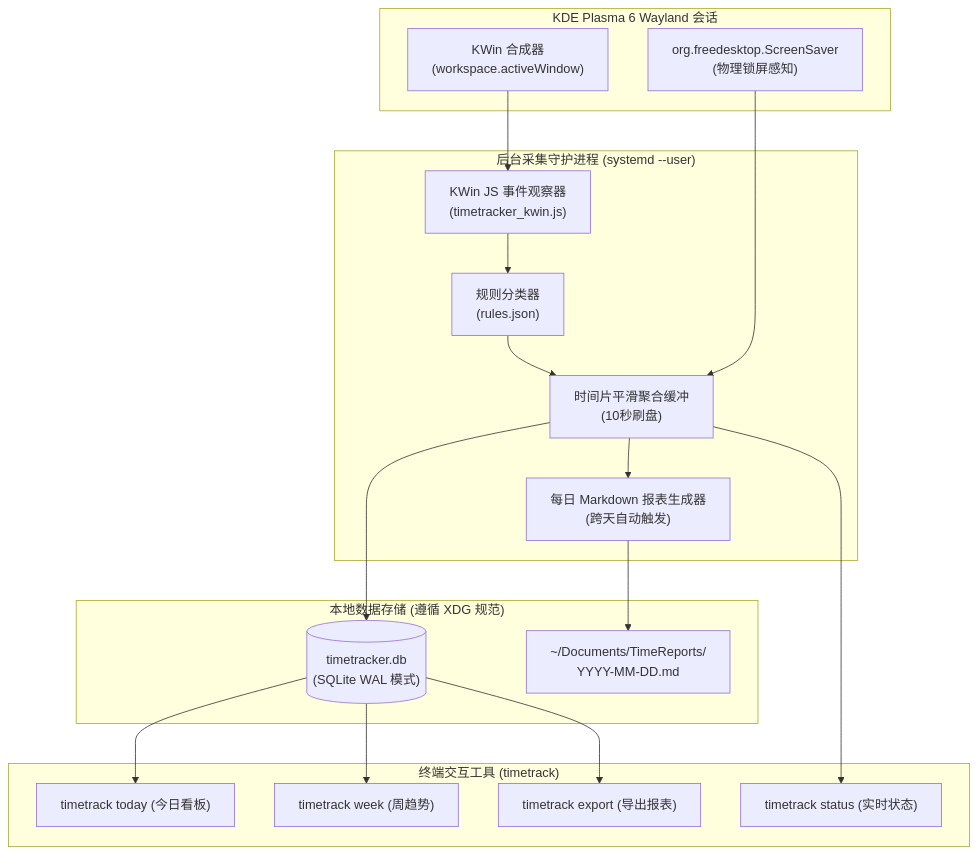
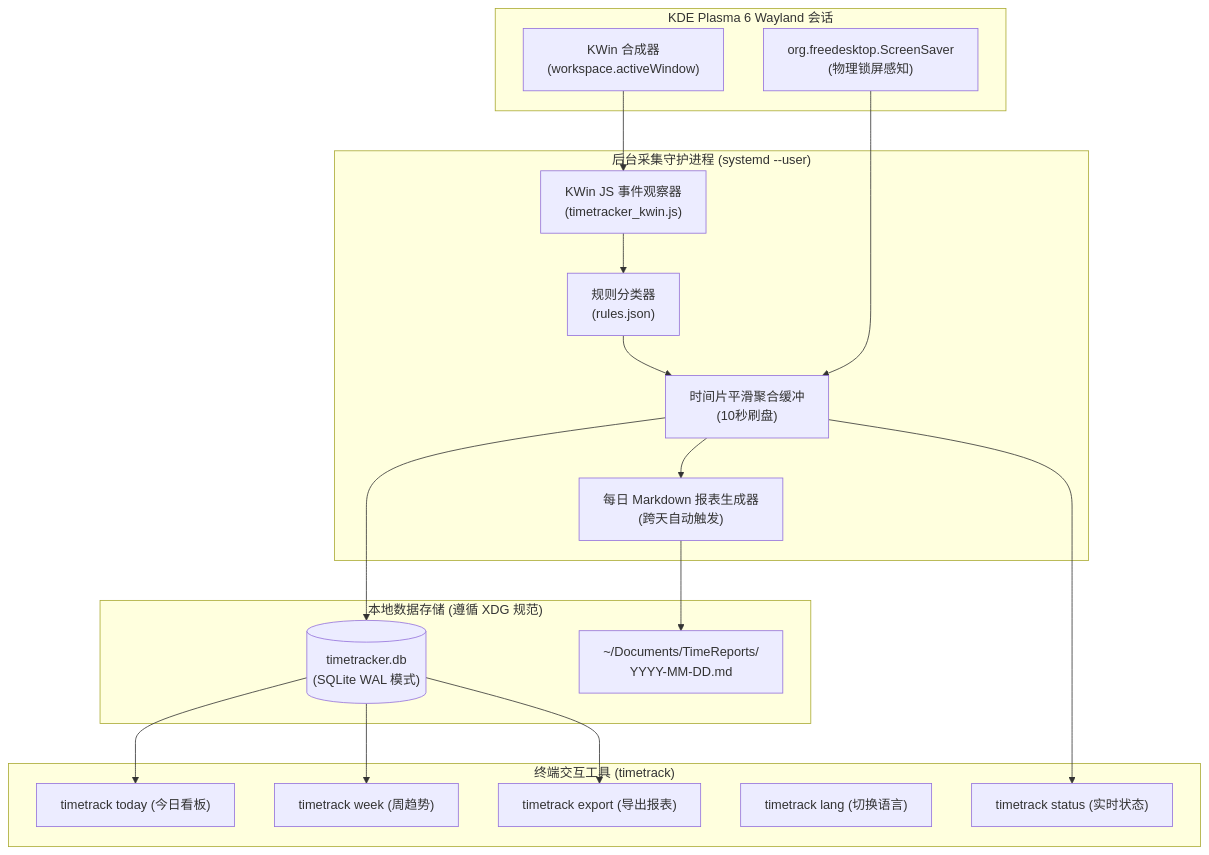
The diagram in README_zh.md (lyf266/desktop-timetracker), drawn with Mermaid before and after one commit. The commit also changed other lines of this file and 3 other files, not shown here.

````diff
--- a/README_zh.md
+++ b/README_zh.md
@@ -30,39 +31,40 @@
 ```mermaid
 flowchart TD
     subgraph KDE_Wayland ["KDE Plasma 6 Wayland 会话"]
         KWin["KWin 合成器<br/>(workspace.activeWindow)"]
         ScreenSaver["org.freedesktop.ScreenSaver<br/>(物理锁屏感知)"]
     end
 
     subgraph TimeTracker_Daemon ["后台采集守护进程 (systemd --user)"]
         Watcher["KWin JS 事件观察器<br/>(timetracker_kwin.js)"]
         Classifier["规则分类器<br/>(rules.json)"]
         Aggregator["时间片平滑聚合缓冲<br/>(10秒刷盘)"]
         Reporter["每日 Markdown 报表生成器<br/>(跨天自动触发)"]
     end
 
     subgraph Storage ["本地数据存储 (遵循 XDG 规范)"]
         DB[("timetracker.db<br/>(SQLite WAL 模式)")]
         Markdown["~/Documents/TimeReports/<br/>YYYY-MM-DD.md"]
     end
 
     subgraph CLI ["终端交互工具 (timetrack)"]
         Today["timetrack today (今日看板)"]
         Week["timetrack week (周趋势)"]
         Status["timetrack status (实时状态)"]
+        Lang["timetrack lang (切换语言)"]
         Export["timetrack export (导出报表)"]
     end
 
     KWin --> Watcher
     ScreenSaver --> Aggregator
     Watcher --> Classifier
     Classifier --> Aggregator
     Aggregator --> DB
     Aggregator --> Reporter
     Reporter --> Markdown
 
     DB --> Today
     DB --> Week
     DB --> Export
     Aggregator --> Status
 ```
````
